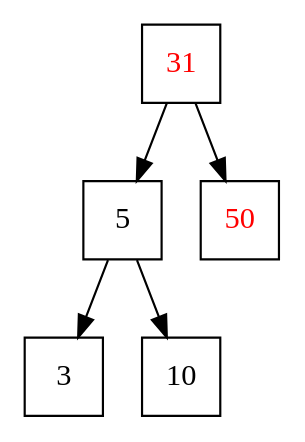
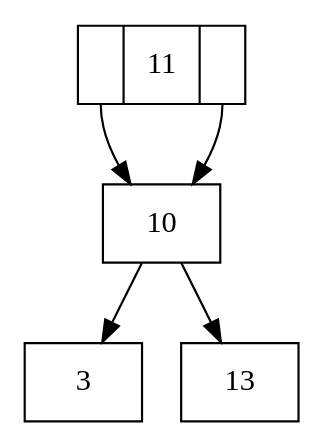
The diagram in aux_grafico.dot (ElMalRod/Pyramid-Proyecto-2-EDD), drawn with Graphviz before and after one commit. The commit also changed 6 other files, not shown here.

```diff
--- a/aux_grafico.dot
+++ b/aux_grafico.dot
@@ -1,13 +1,13 @@
 digraph grafica{
 rankdir=TB;
-node [shape =square, style=filled, fillcolor=gray100];
-nodo31 [ label ="31",fontcolor=red];
-nodo5 [ label ="5",fontcolor=black];
-nodo3 [ label ="3",fontcolor=black];
-nodo5:C0->nodo3
-nodo10 [ label ="10",fontcolor=black];
-nodo5:C1->nodo10
-nodo31:C0->nodo5
-nodo50 [ label ="50",fontcolor=red];
-nodo31:C1->nodo50
+node [shape =record, style=filled, fillcolor=gray100];
+nodo11 [ label ="<C0>|11|<C1>"];
+nodo10 [ label ="<C0>|10|<C1>"];
+nodo3 [ label ="3"];
+nodo10:C0->nodo3
+nodo13 [ label ="13"];
+nodo10:C1->nodo13
+nodo11:C0->nodo10
+nodo10 [ label ="10"];
+nodo11:C1->nodo10
 }
```
